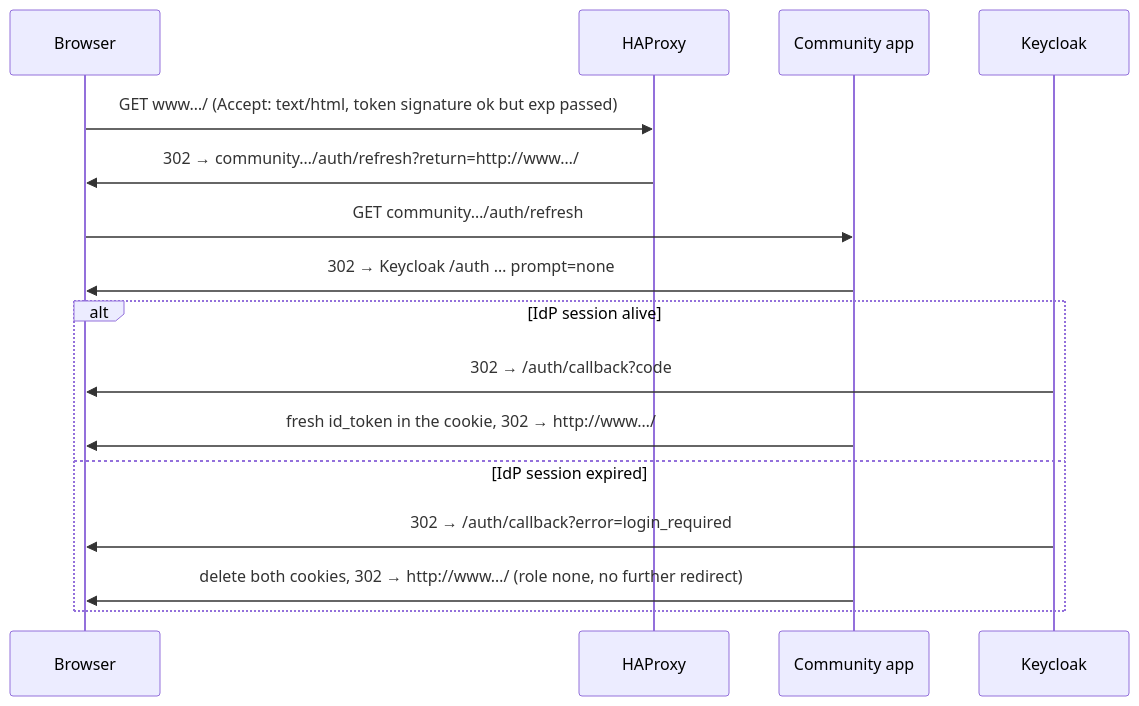
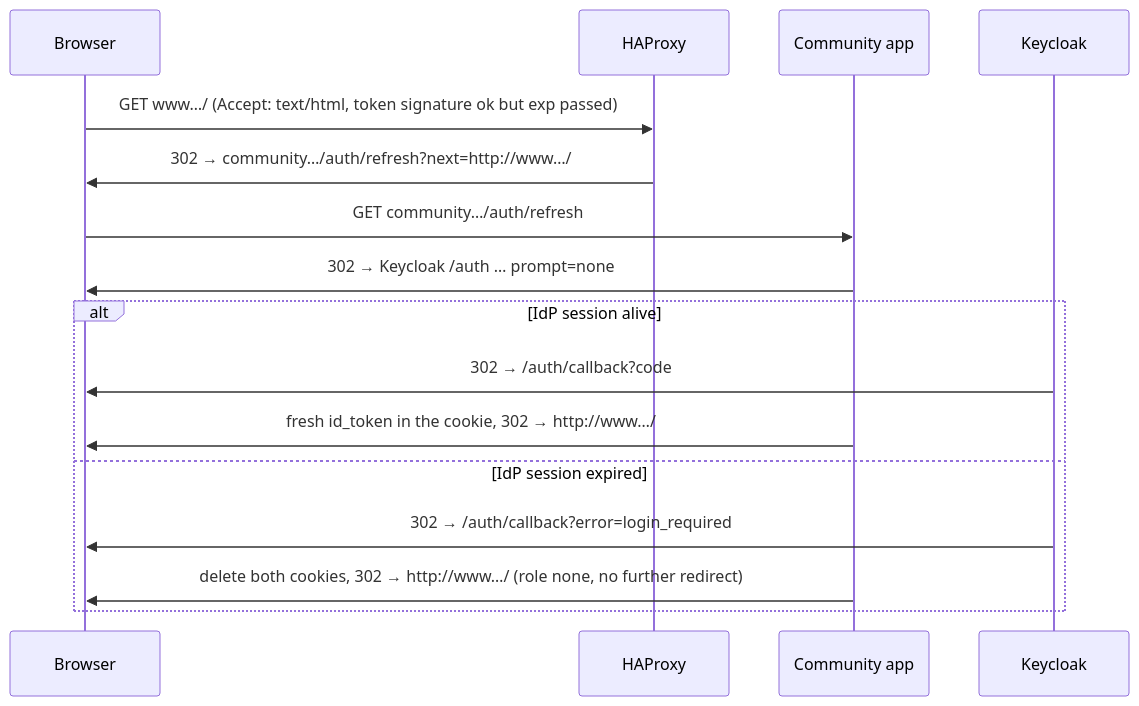
The fourth of 4 diagrams in README.md (correctiv/oidc-wp-prototype), drawn with Mermaid before and after one commit. The commit also changed other lines of this file and 5 other files, not shown here.

First line of the commit message:
Use next instead of return as the continue-to parameter

````diff
--- a/README.md
+++ b/README.md
@@ -137,18 +137,18 @@
 ```mermaid
 sequenceDiagram
     participant B as Browser
     participant H as HAProxy
     participant C as Community app
     participant K as Keycloak
     B->>H: GET www…/ (Accept: text/html, token signature ok but exp passed)
-    H->>B: 302 → community…/auth/refresh?return=http://www…/
+    H->>B: 302 → community…/auth/refresh?next=http://www…/
     B->>C: GET community…/auth/refresh
     C->>B: 302 → Keycloak /auth … prompt=none
     alt IdP session alive
         K->>B: 302 → /auth/callback?code
         C->>B: fresh id_token in the cookie, 302 → http://www…/
     else IdP session expired
         K->>B: 302 → /auth/callback?error=login_required
         C->>B: delete both cookies, 302 → http://www…/ (role none, no further redirect)
     end
 ```
````
